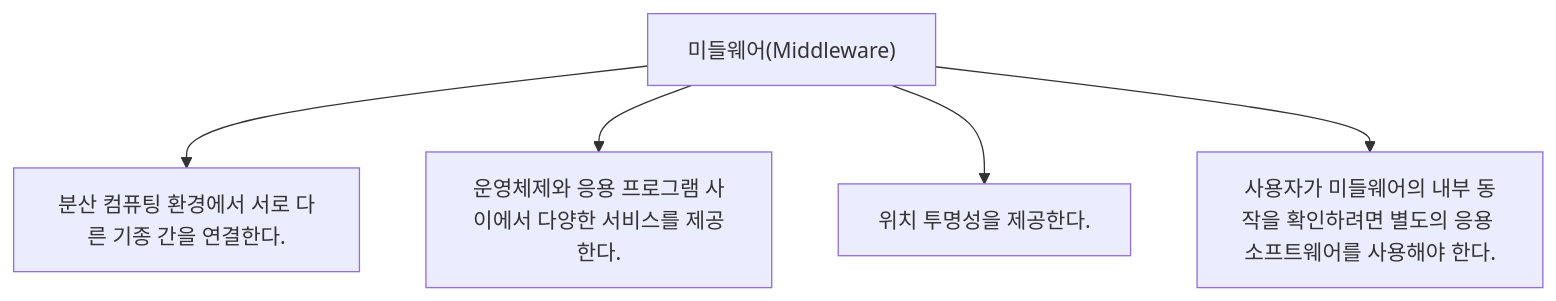
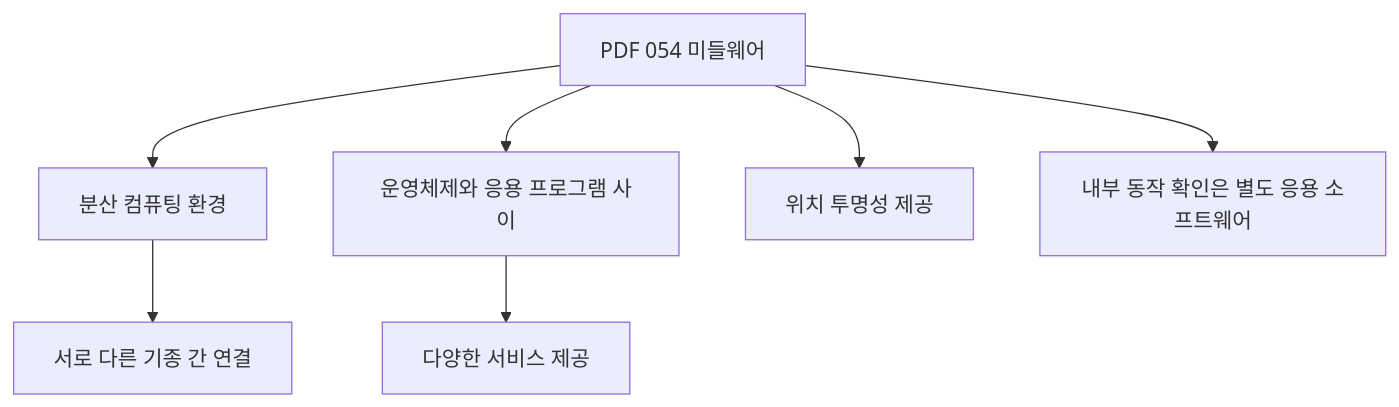
The third of 7 diagrams in 정보처리기사/1과목 소프트웨어 설계/054 미들웨어(Middleware)/054 미들웨어(Middleware).md (nes0903/study), drawn with Mermaid before and after one commit. The commit also changed other lines of this file and 318 other files, not shown here.

````diff
--- a/정보처리기사/1과목 소프트웨어 설계/054 미들웨어(Middleware)/054 미들웨어(Middleware).md
+++ b/정보처리기사/1과목 소프트웨어 설계/054 미들웨어(Middleware)/054 미들웨어(Middleware).md
@@ -13,8 +59,10 @@
 ```mermaid
 flowchart TD
-    A["미들웨어(Middleware)"]
-    A --> N1["분산 컴퓨팅 환경에서 서로 다른 기종 간을 연결한다."]
-    A --> N2["운영체제와 응용 프로그램 사이에서 다양한 서비스를 제공한다."]
-    A --> N3["위치 투명성을 제공한다."]
-    A --> N4["사용자가 미들웨어의 내부 동작을 확인하려면 별도의 응용 소프트웨어를 사용해야 한다."]
+    A["PDF 054 미들웨어"]
+    A --> B["분산 컴퓨팅 환경"]
+    B --> C["서로 다른 기종 간 연결"]
+    A --> D["운영체제와 응용 프로그램 사이"]
+    D --> E["다양한 서비스 제공"]
+    A --> F["위치 투명성 제공"]
+    A --> G["내부 동작 확인은 별도 응용 소프트웨어"]
 ```
````
